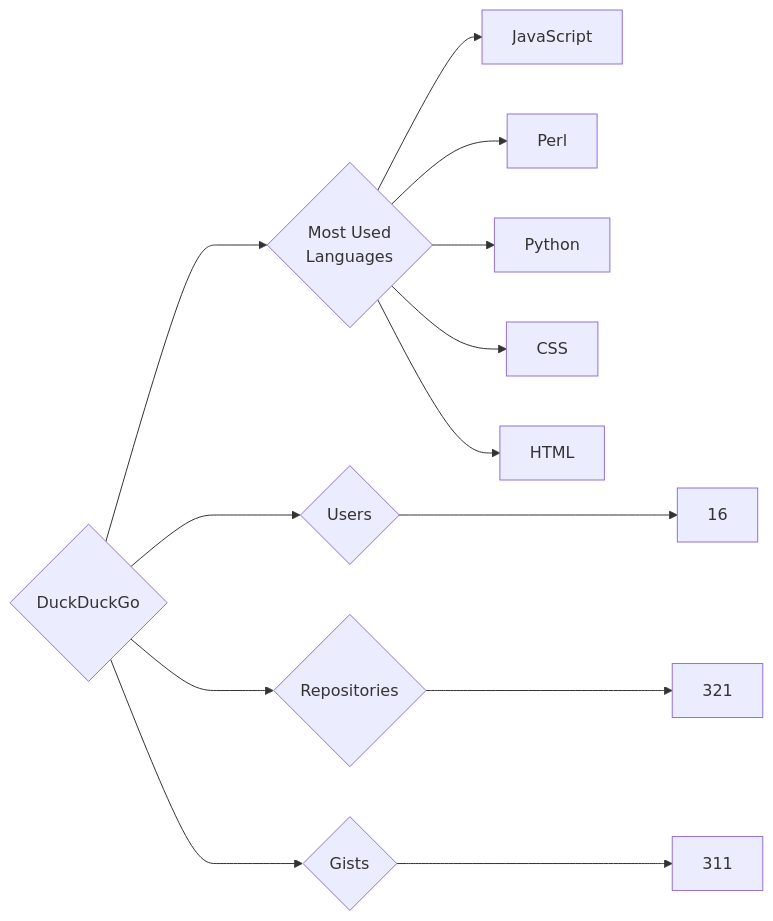
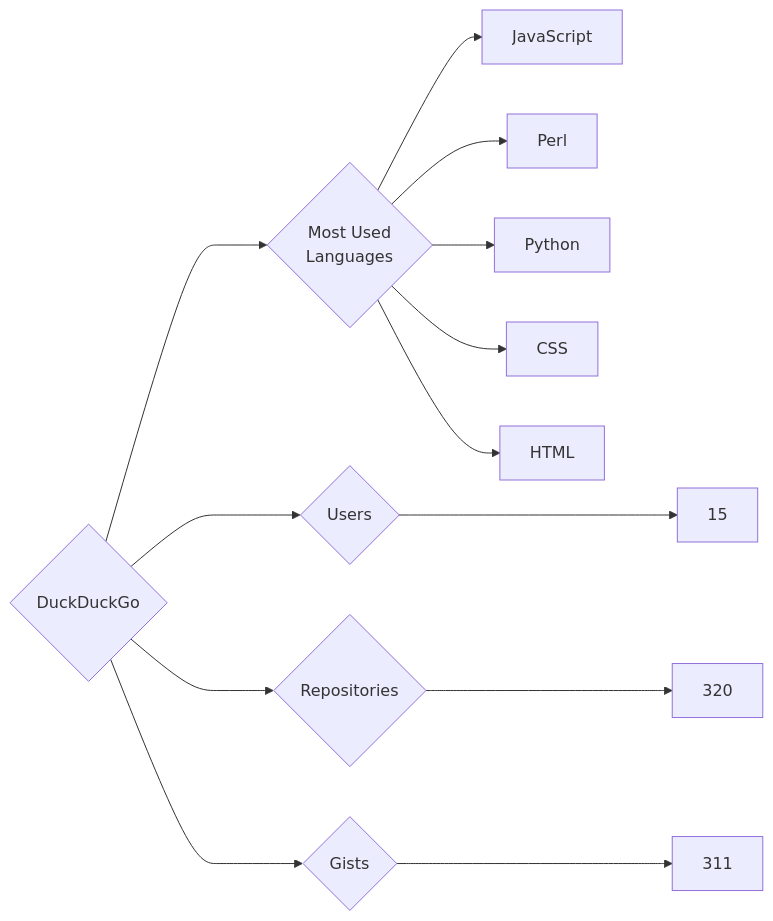
The diagram in targets/DuckDuckGo/README.md (trickest/insiders), drawn with Mermaid before and after one commit. The commit also changed 679 other files, not shown here.

````diff
--- a/targets/DuckDuckGo/README.md
+++ b/targets/DuckDuckGo/README.md
@@ -3,13 +3,13 @@
 ```mermaid
 graph LR
 COMPANY_NAME{DuckDuckGo}
-COMPANY_NAME ---> U{Users} ---> UN[16]
-COMPANY_NAME ---> R{Repositories} ---> RN[321]
+COMPANY_NAME ---> U{Users} ---> UN[15]
+COMPANY_NAME ---> R{Repositories} ---> RN[320]
 COMPANY_NAME ---> G{Gists} ---> GN[311]
 COMPANY_NAME ---> ML{Most Used<br>Languages}
 ML --> JavaScript[JavaScript]
 ML --> Perl[Perl]
 ML --> Python[Python]
 ML --> CSS[CSS]
 ML --> HTML[HTML]
 ```
````
